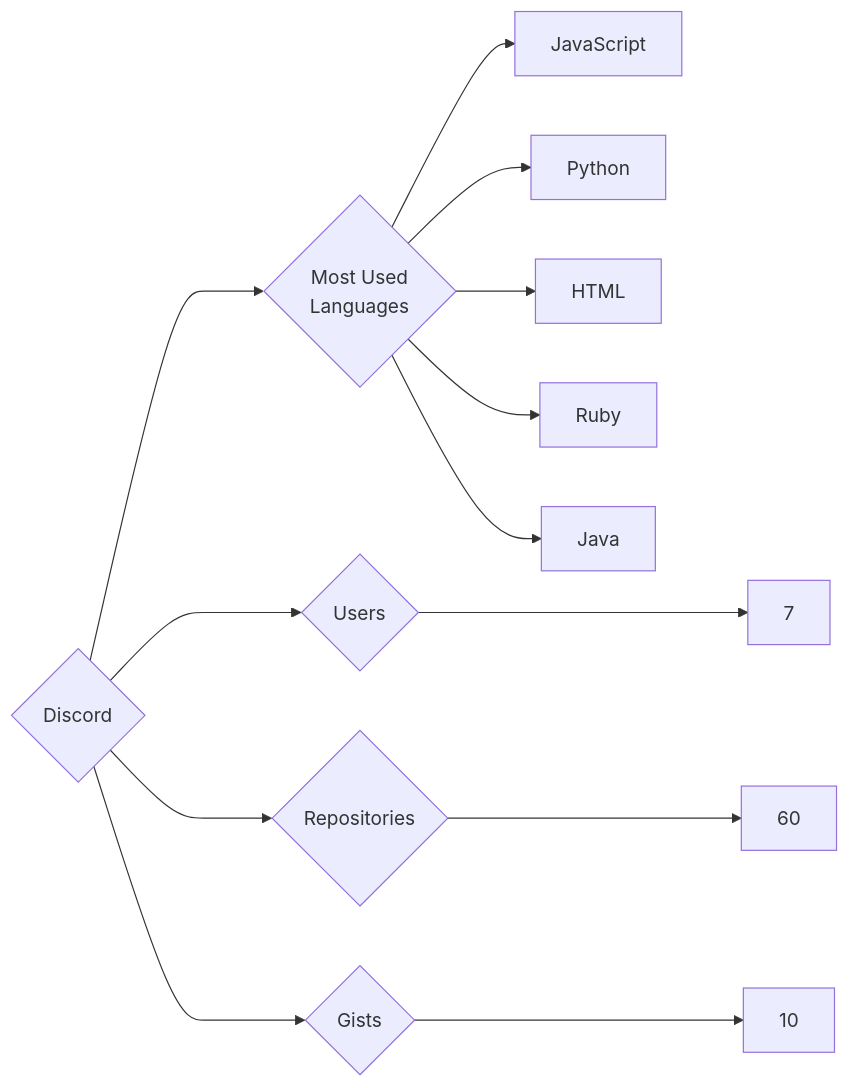
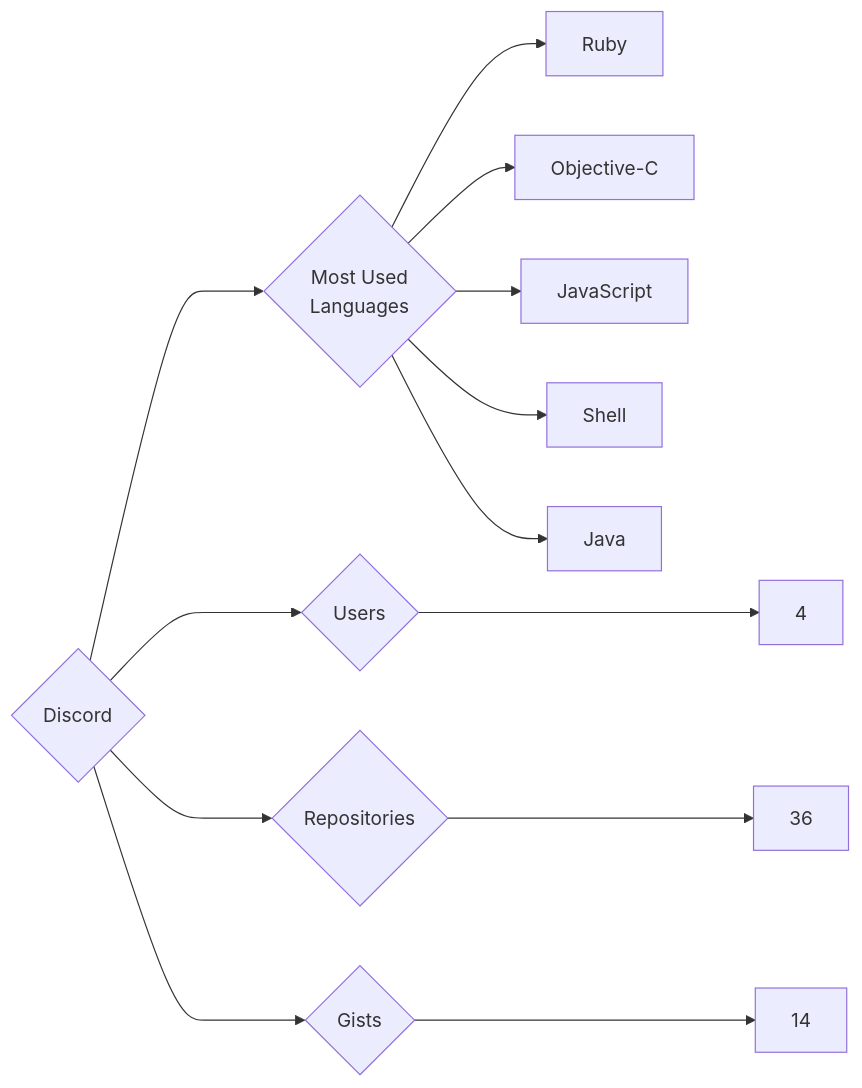
Before and after one commit to trickest/insiders: the diagram in targets/Discord/README.md, drawn with Mermaid. The commit also changed 618 other files, not shown here.

````diff
--- a/targets/Discord/README.md
+++ b/targets/Discord/README.md
@@ -3,13 +3,13 @@
 ```mermaid
 graph LR
 COMPANY_NAME{Discord}
-COMPANY_NAME ---> U{Users} ---> UN[7]
-COMPANY_NAME ---> R{Repositories} ---> RN[60]
-COMPANY_NAME ---> G{Gists} ---> GN[10]
+COMPANY_NAME ---> U{Users} ---> UN[4]
+COMPANY_NAME ---> R{Repositories} ---> RN[36]
+COMPANY_NAME ---> G{Gists} ---> GN[14]
 COMPANY_NAME ---> ML{Most Used<br>Languages}
+ML --> Ruby[Ruby]
+ML --> Objective-C[Objective-C]
 ML --> JavaScript[JavaScript]
-ML --> Python[Python]
-ML --> HTML[HTML]
-ML --> Ruby[Ruby]
+ML --> Shell[Shell]
 ML --> Java[Java]
 ```
````
